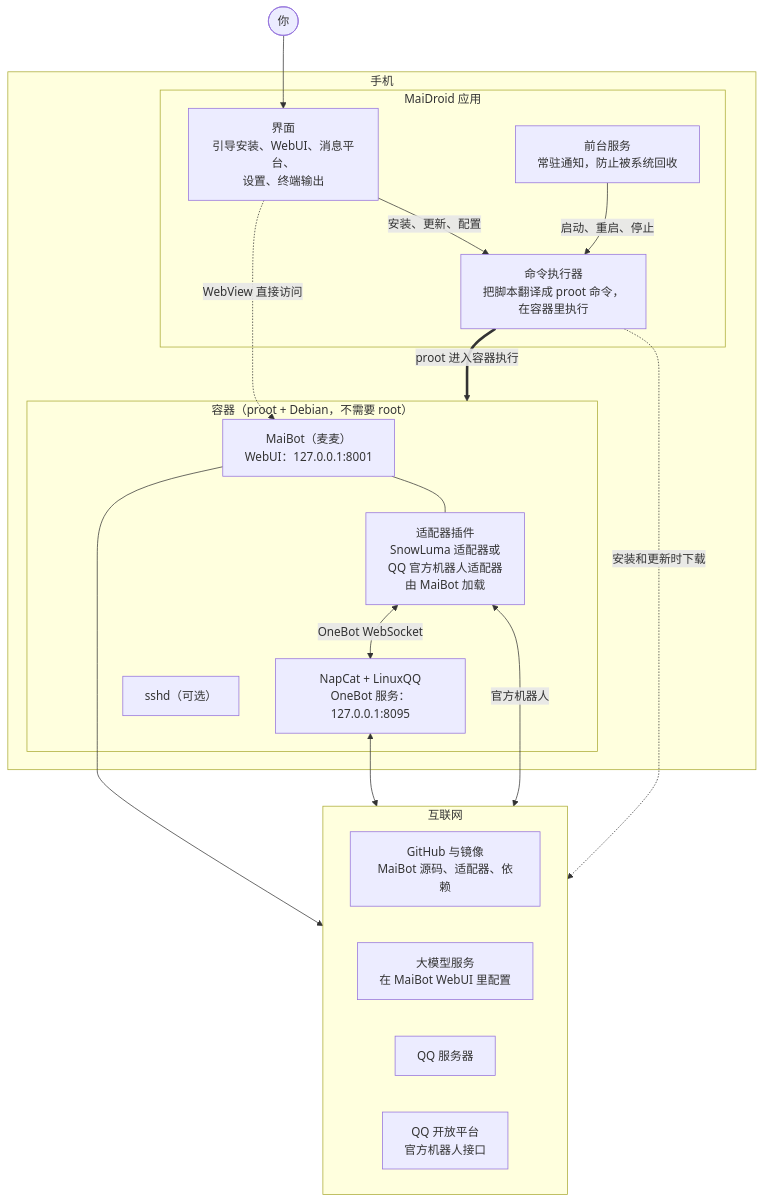
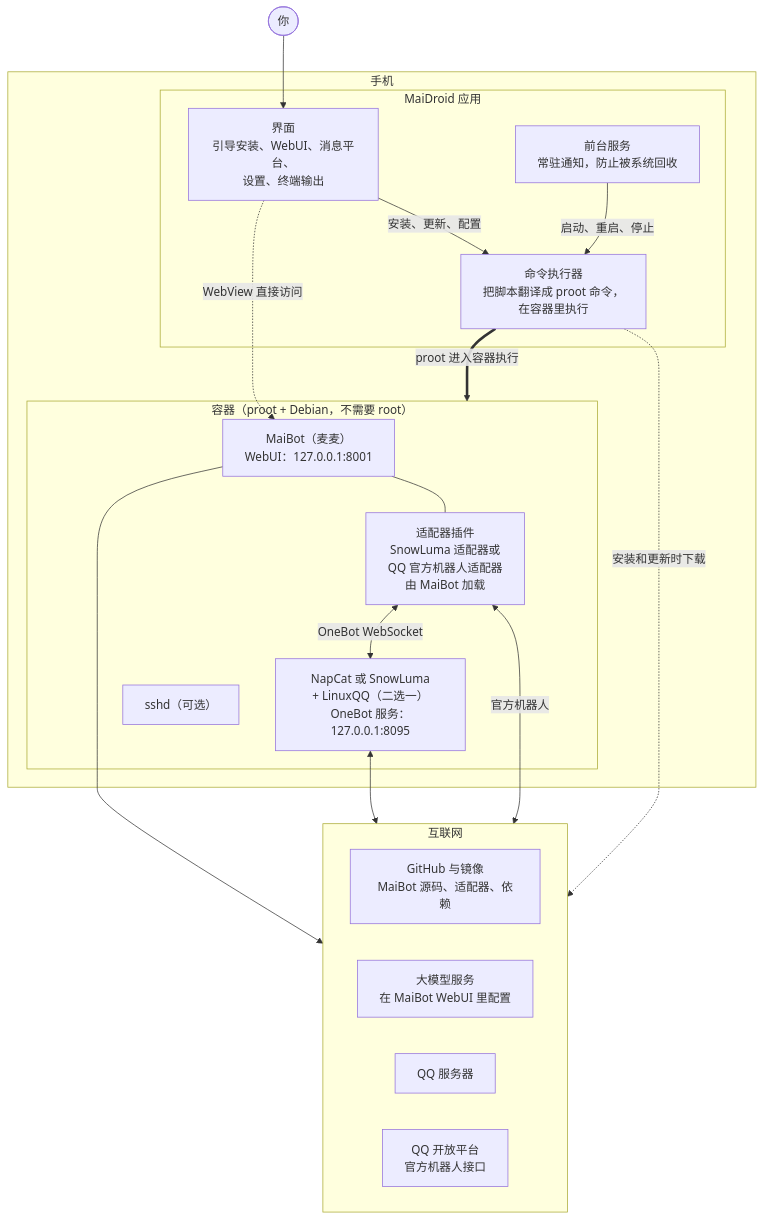
One commit to Mai-with-u/MaiDroid changed the first of 3 diagrams in README.md. Above: the diagram before and after it, drawn with Mermaid. The commit also changed other lines of this file and 6 other files, not shown here.

First line of the commit message:
docs(snowluma): 文档写上 SnowLuma 客户端接入

````diff
--- a/README.md
+++ b/README.md
@@ -48,40 +49,40 @@
 ```mermaid
 flowchart TB
     You(["你"])
 
     subgraph Phone["手机"]
         subgraph App["MaiDroid 应用"]
             UI["界面<br/>引导安装、WebUI、消息平台、<br/>设置、终端输出"]
             Svc["前台服务<br/>常驻通知，防止被系统回收"]
             Runner["命令执行器<br/>把脚本翻译成 proot 命令，<br/>在容器里执行"]
         end
 
         subgraph Box["容器（proot + Debian，不需要 root）"]
             MaiBot["MaiBot（麦麦）<br/>WebUI：127.0.0.1:8001"]
             Adapter["适配器插件<br/>SnowLuma 适配器或<br/>QQ 官方机器人适配器<br/>由 MaiBot 加载"]
-            NapCat["NapCat + LinuxQQ<br/>OneBot 服务：127.0.0.1:8095"]
+            NapCat["NapCat 或 SnowLuma<br/>+ LinuxQQ（二选一）<br/>OneBot 服务：127.0.0.1:8095"]
             Sshd["sshd（可选）"]
         end
     end
 
     subgraph Net["互联网"]
         direction LR
         Mirror["GitHub 与镜像<br/>MaiBot 源码、适配器、依赖"]
         LLM["大模型服务<br/>在 MaiBot WebUI 里配置"]
         QQ["QQ 服务器"]
         QQBot["QQ 开放平台<br/>官方机器人接口"]
     end
 
     You --> UI
     UI -->|"安装、更新、配置"| Runner
     Svc -->|"启动、重启、停止"| Runner
     Runner ==>|"proot 进入容器执行"| Box
     UI -.->|"WebView 直接访问"| MaiBot
 
     MaiBot --- Adapter
     Adapter <-->|"OneBot WebSocket"| NapCat
     MaiBot --> LLM
     NapCat <--> QQ
     Adapter <-->|"官方机器人"| QQBot
     Runner -.->|"安装和更新时下载"| Mirror
 ```
````
